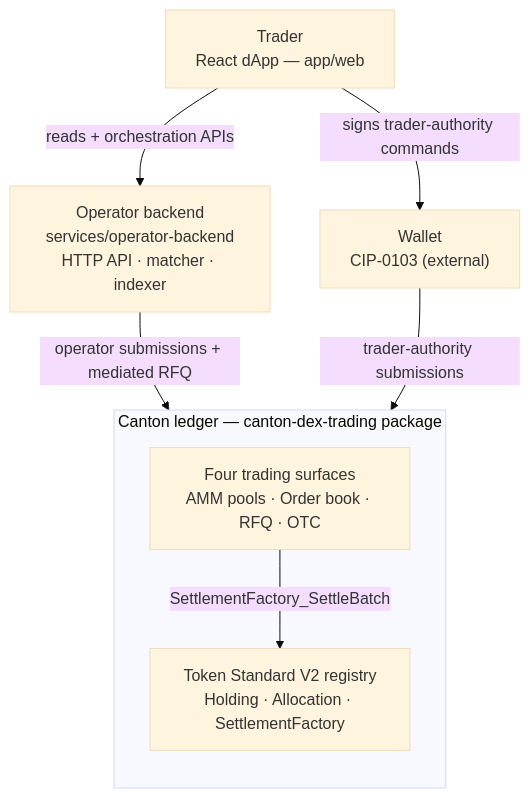
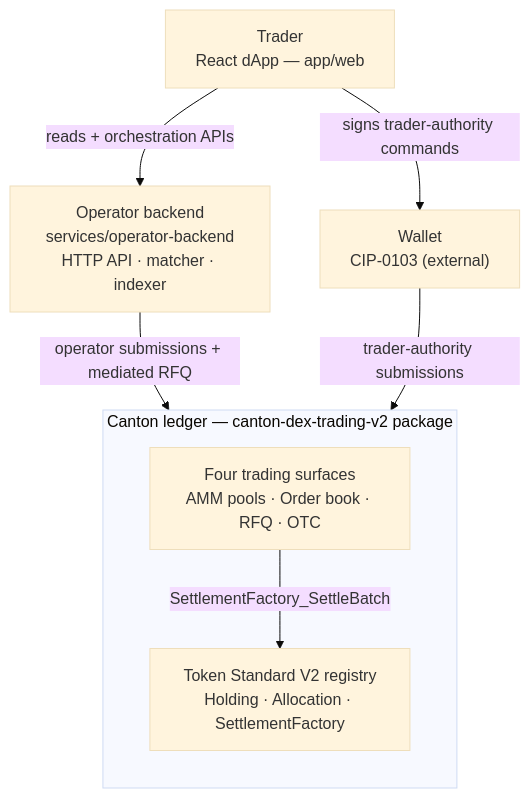
The diagram in docs/concepts/overview.md (srikanth-bitdynamics/Canton-Dex-Reference-Implementation), drawn with Mermaid (base theme) before and after one commit. The commit also changed other lines of this file and 133 other files, not shown here.

First line of the commit message:
Make DEX settlement cross-admin across all flows

````diff
--- a/docs/concepts/overview.md
+++ b/docs/concepts/overview.md
@@ -95,18 +95,18 @@
 ```mermaid
 flowchart TB
   Trader["Trader<br/>React dApp — app/web"]
   Wallet["Wallet<br/>CIP-0103 (external)"]
   Operator["Operator backend<br/>services/operator-backend<br/>HTTP API · matcher · indexer"]
 
-  subgraph Ledger["Canton ledger — canton-dex-trading package"]
+  subgraph Ledger["Canton ledger — canton-dex-trading-v2 package"]
     direction TB
     Surfaces["Four trading surfaces<br/>AMM pools · Order book · RFQ · OTC"]
     Registry["Token Standard V2 registry<br/>Holding · Allocation · SettlementFactory"]
     Surfaces -->|"SettlementFactory_SettleBatch"| Registry
   end
 
   Trader -->|"reads + orchestration APIs"| Operator
   Trader -->|"signs trader-authority commands"| Wallet
   Operator -->|"operator submissions + mediated RFQ"| Ledger
   Wallet -->|"trader-authority submissions"| Ledger
 ```
````
